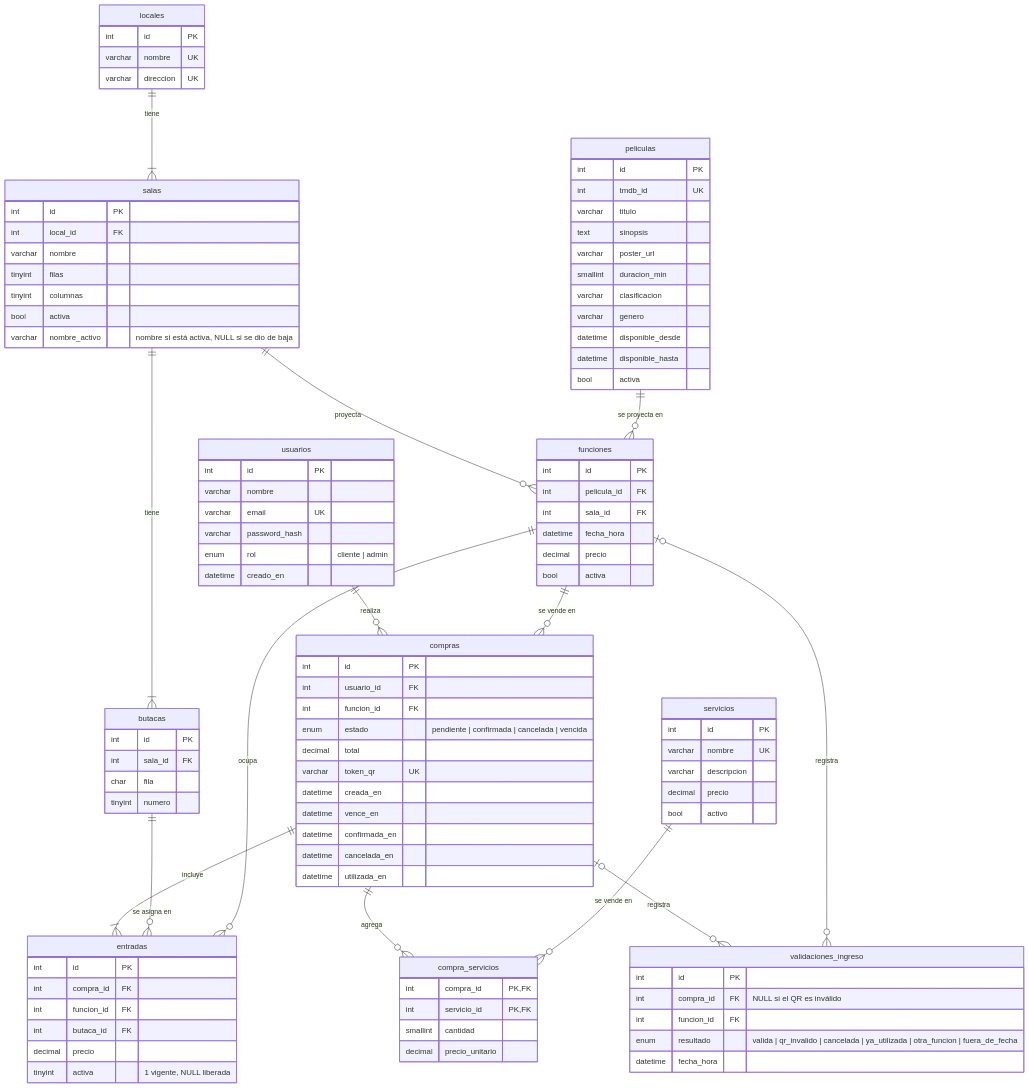
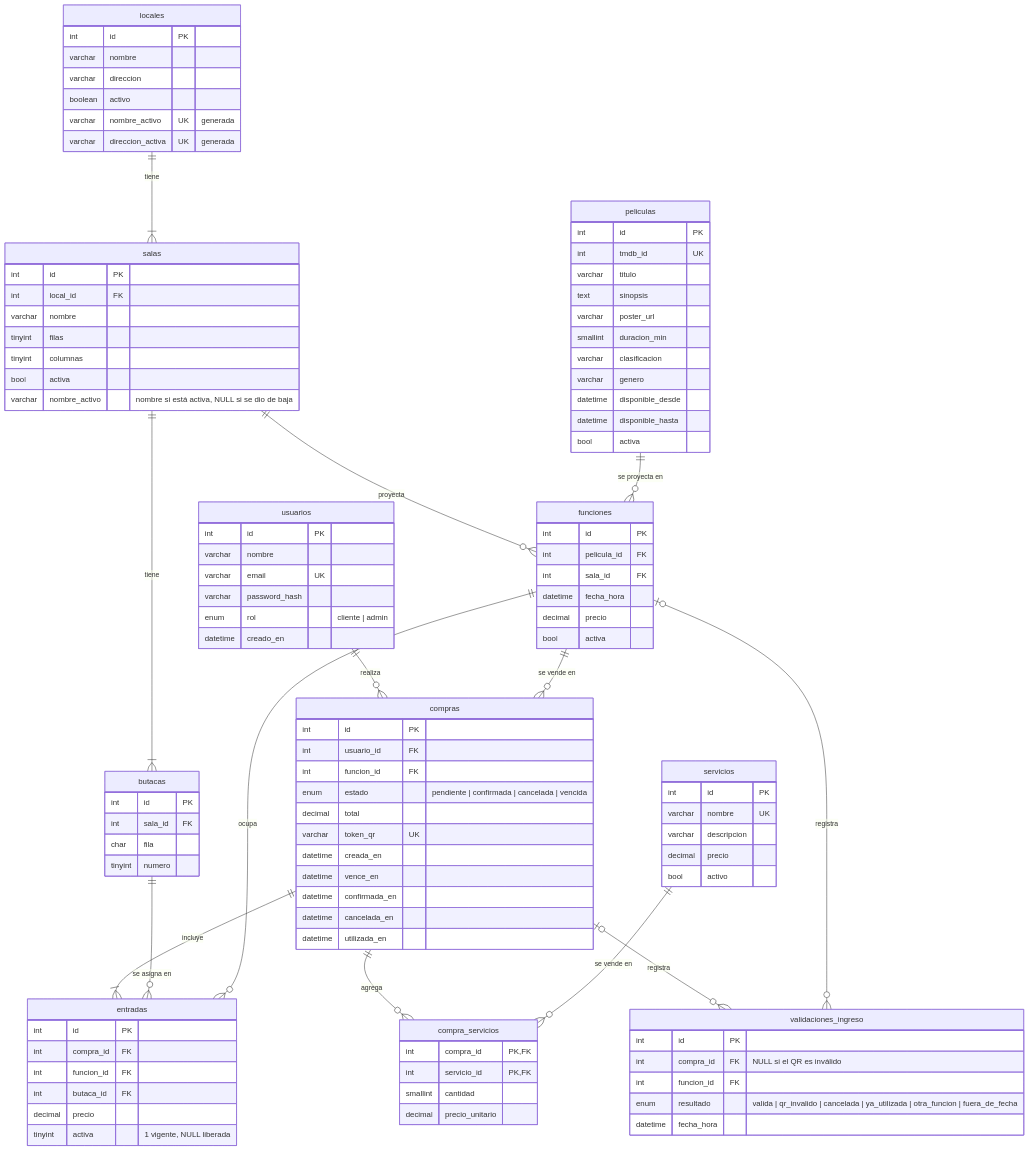
One commit to LucasFiuba1/tp-integrador-ids-cinemark changed the diagram in docs/base_de_datos.md. Above: the diagram before and after it, drawn with Mermaid. The commit also changed other lines of this file and 9 other files, not shown here.

```diff
--- a/docs/base_de_datos.md
+++ b/docs/base_de_datos.md
@@ -36,8 +36,11 @@
     }
     locales {
         int id PK
-        varchar nombre UK
-        varchar direccion UK
+        varchar nombre
+        varchar direccion
+        boolean activo
+        varchar nombre_activo UK "generada"
+        varchar direccion_activa UK "generada"
     }
     salas {
         int id PK
```
